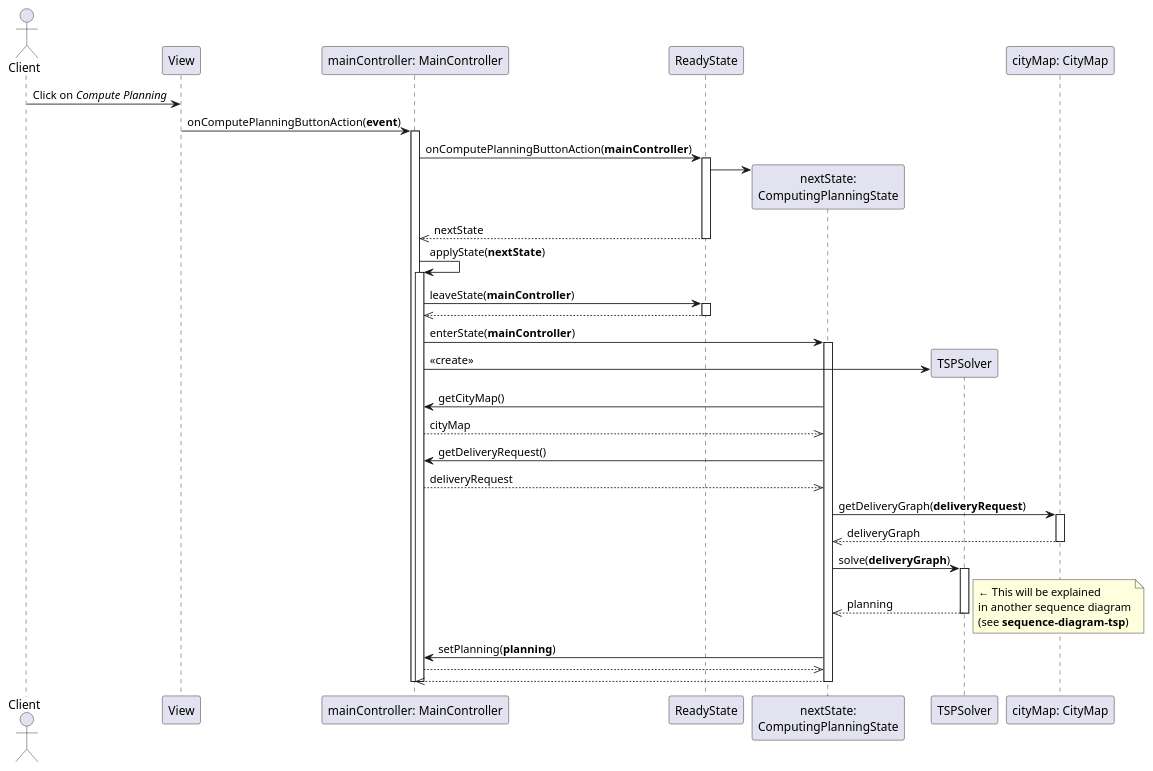
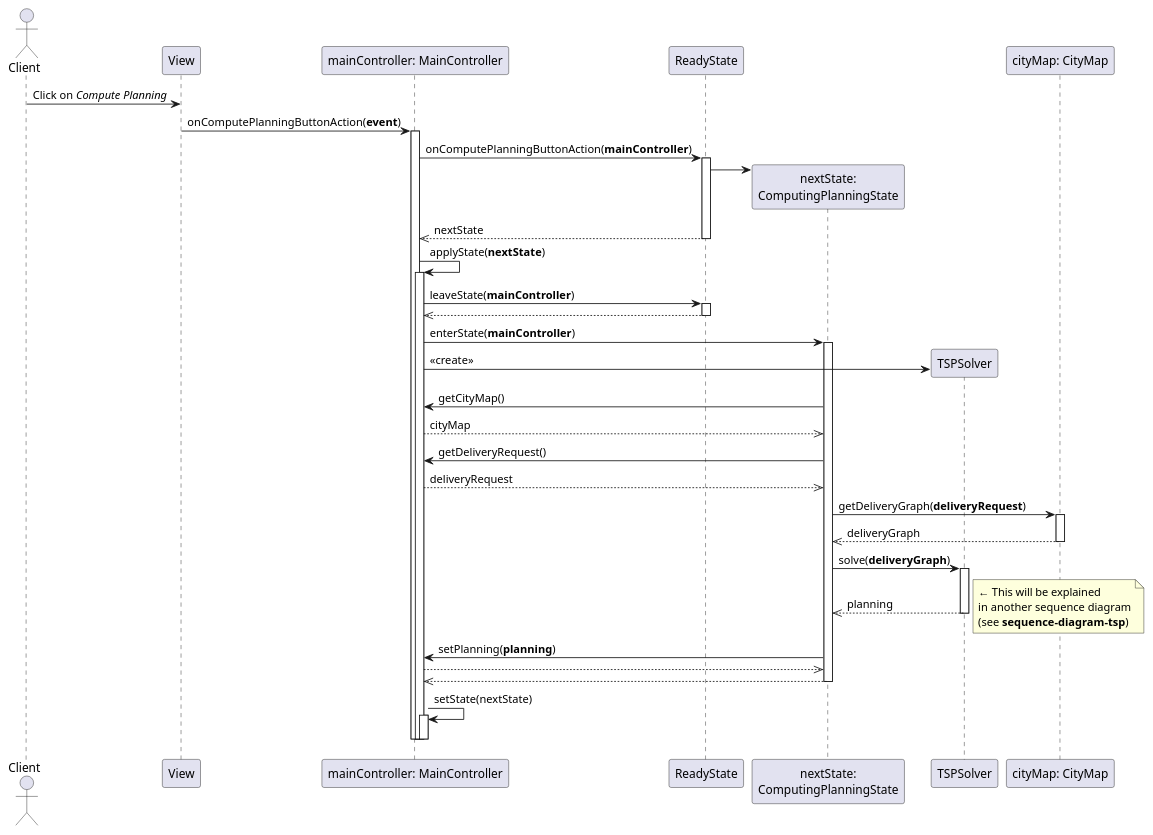
The diagram in docs/uml/sequence-diagram-planning.puml (if-h4102/pld-agile), drawn with PlantUML before and after one commit.

Commit message:
Fixed sequence diagram

```diff
--- a/docs/uml/sequence-diagram-planning.puml
+++ b/docs/uml/sequence-diagram-planning.puml
@@ -1,58 +1,61 @@
 @startuml
 actor Client as Cli
 participant View as V
 participant "mainController: MainController" as C
 participant ReadyState as RS
 participant "nextState:\nComputingPlanningState" as CPS
 participant TSPSolver as TSP
 participant "cityMap: CityMap" as CM
 
 Cli -> V : Click on //Compute Planning//
 V -> C : onComputePlanningButtonAction(**event**)
 activate C
 C -> RS : onComputePlanningButtonAction(**mainController**)
 activate RS
 
 create CPS
 RS -> CPS
 C <<-- RS: nextState
 deactivate RS
 
 C -> C: applyState(**nextState**)
 activate C
 C -> RS: leaveState(**mainController**)
 activate RS
 C <<-- RS
 deactivate RS
 
 C -> CPS: enterState(**mainController**)
 activate CPS
     create TSP
     C -> TSP: <<create>>
 
     C <- CPS: getCityMap()
     C -->> CPS: cityMap
     C <- CPS: getDeliveryRequest()
     C -->> CPS: deliveryRequest
 
     CPS -> CM: getDeliveryGraph(**deliveryRequest**)
     activate CM
 
     CPS <<-- CM: deliveryGraph
     deactivate CM
 
     CPS -> TSP: solve(**deliveryGraph**)
     activate TSP
     CPS <<-- TSP: planning
     note right: ← This will be explained\nin another sequence diagram\n(see **sequence-diagram-tsp**)
     deactivate TSP
 
     C <- CPS: setPlanning(**planning**)
     C -->> CPS
 
     C <<-- CPS
 deactivate CPS
+C -> C: setState(nextState)
+activate C
+deactivate C
 deactivate C
 deactivate C
 
 @enduml
```
